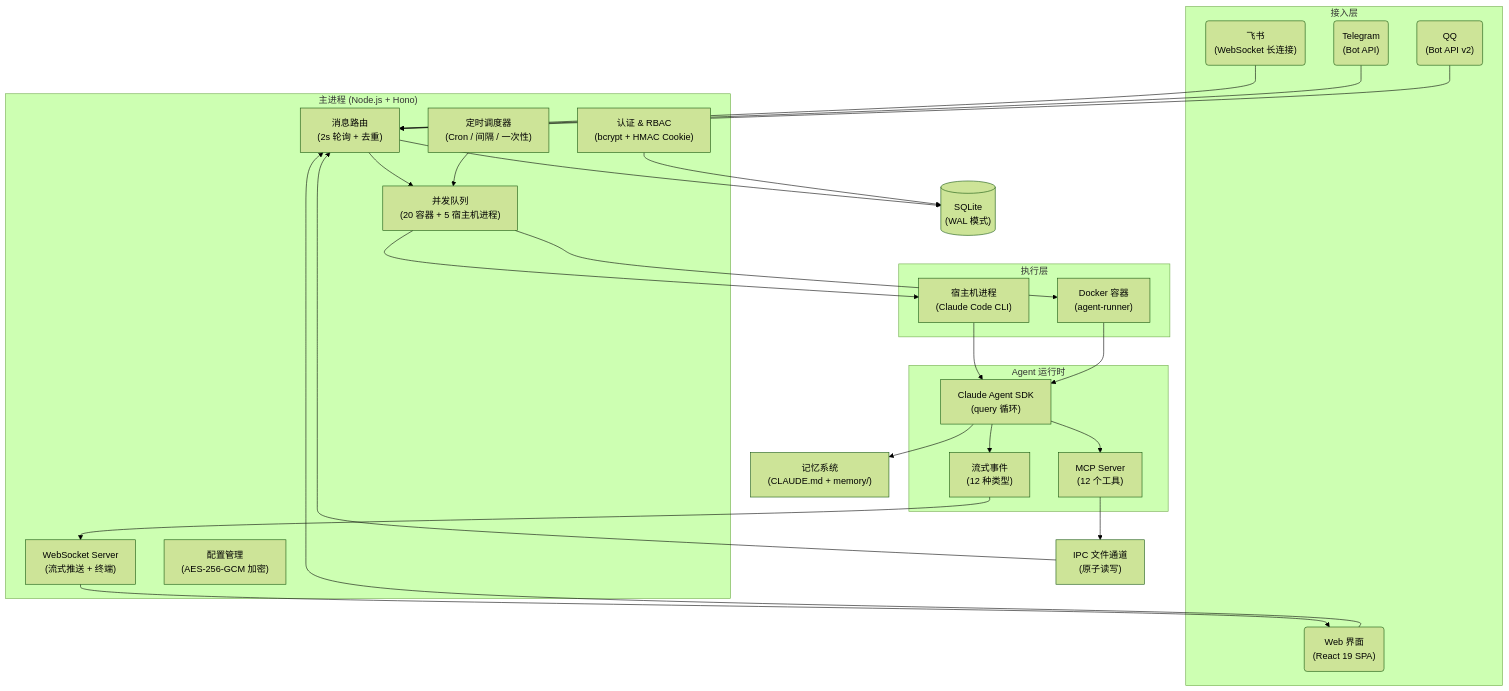
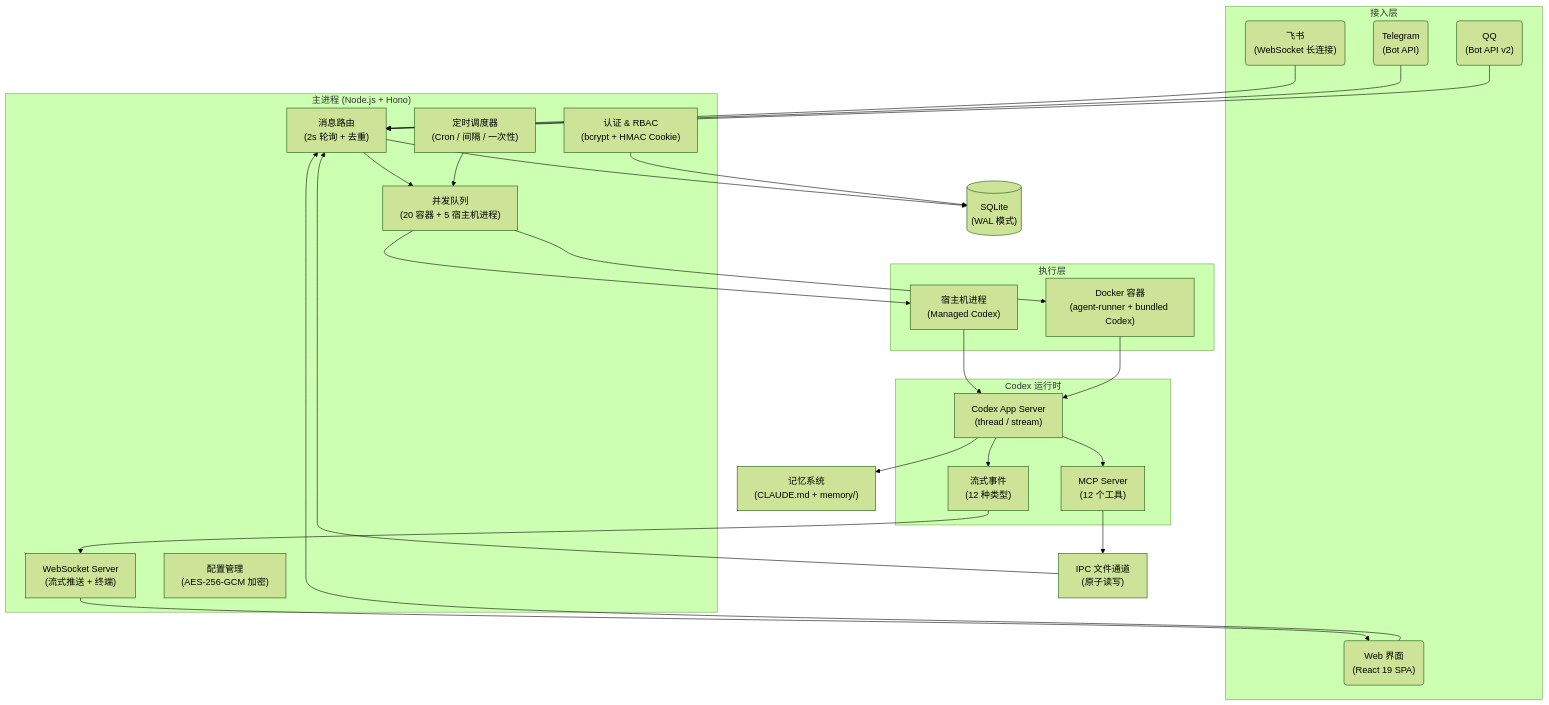
Before and after one commit to jtsang4/happypaw: the diagram in README.md, drawn with Mermaid (forest theme). The commit also changed other lines of this file and 1 other file, not shown here.

Commit message:
docs: update Codex-only integration guidance

````diff
--- a/README.md
+++ b/README.md
@@ -354,66 +356,66 @@
 ```mermaid
 flowchart TD
     subgraph 接入层
         Feishu("飞书<br/>(WebSocket 长连接)")
         Telegram("Telegram<br/>(Bot API)")
         QQ("QQ<br/>(Bot API v2)")
         Web("Web 界面<br/>(React 19 SPA)")
     end
 
     subgraph 主进程["主进程 (Node.js + Hono)"]
         Router["消息路由<br/>(2s 轮询 + 去重)"]
         Queue["并发队列<br/>(20 容器 + 5 宿主机进程)"]
         Scheduler["定时调度器<br/>(Cron / 间隔 / 一次性)"]
         WS["WebSocket Server<br/>(流式推送 + 终端)"]
         Auth["认证 & RBAC<br/>(bcrypt + HMAC Cookie)"]
         Config["配置管理<br/>(AES-256-GCM 加密)"]
     end
 
     subgraph 执行层
-        Host["宿主机进程<br/>(Claude Code CLI)"]
-        Container["Docker 容器<br/>(agent-runner)"]
+        Host["宿主机进程<br/>(Managed Codex)"]
+        Container["Docker 容器<br/>(agent-runner + bundled Codex)"]
     end
 
-    subgraph Agent["Agent 运行时"]
-        SDK["Claude Agent SDK<br/>(query 循环)"]
+    subgraph Agent["Codex 运行时"]
+        SDK["Codex App Server<br/>(thread / stream)"]
         MCP["MCP Server<br/>(12 个工具)"]
         Stream["流式事件<br/>(12 种类型)"]
     end
 
     DB[("SQLite<br/>(WAL 模式)")]
     IPC["IPC 文件通道<br/>(原子读写)"]
     Memory["记忆系统<br/>(CLAUDE.md + memory/)"]
 
     Feishu --> Router
     Telegram --> Router
     QQ --> Router
     Web --> Router
 
     Router --> Queue
     Queue --> Host
     Queue --> Container
     Scheduler --> Queue
 
     Host --> SDK
     Container --> SDK
     SDK --> MCP
     SDK --> Stream
 
     MCP --> IPC
     IPC --> Router
 
     Stream --> WS
     WS --> Web
 
     Router --> DB
     Auth --> DB
     SDK --> Memory
 
     class Feishu,Telegram,QQ,Web fe
     class Router,Queue,Scheduler,WS,Auth,Config svc
     class DB db
     class Host,Container faas
     class SDK,MCP,Stream faas
     class IPC cfg
     class Memory cfg
 ```
````
